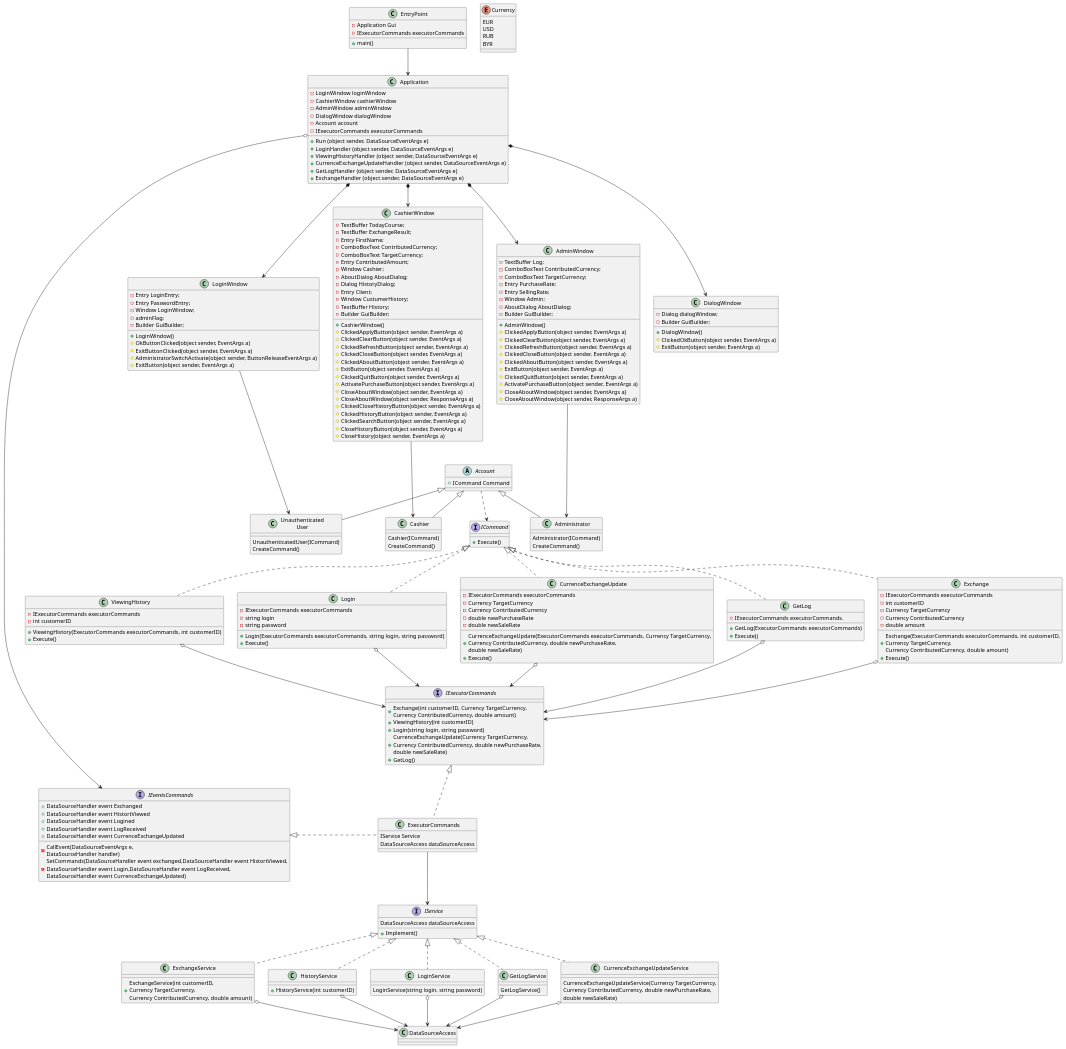
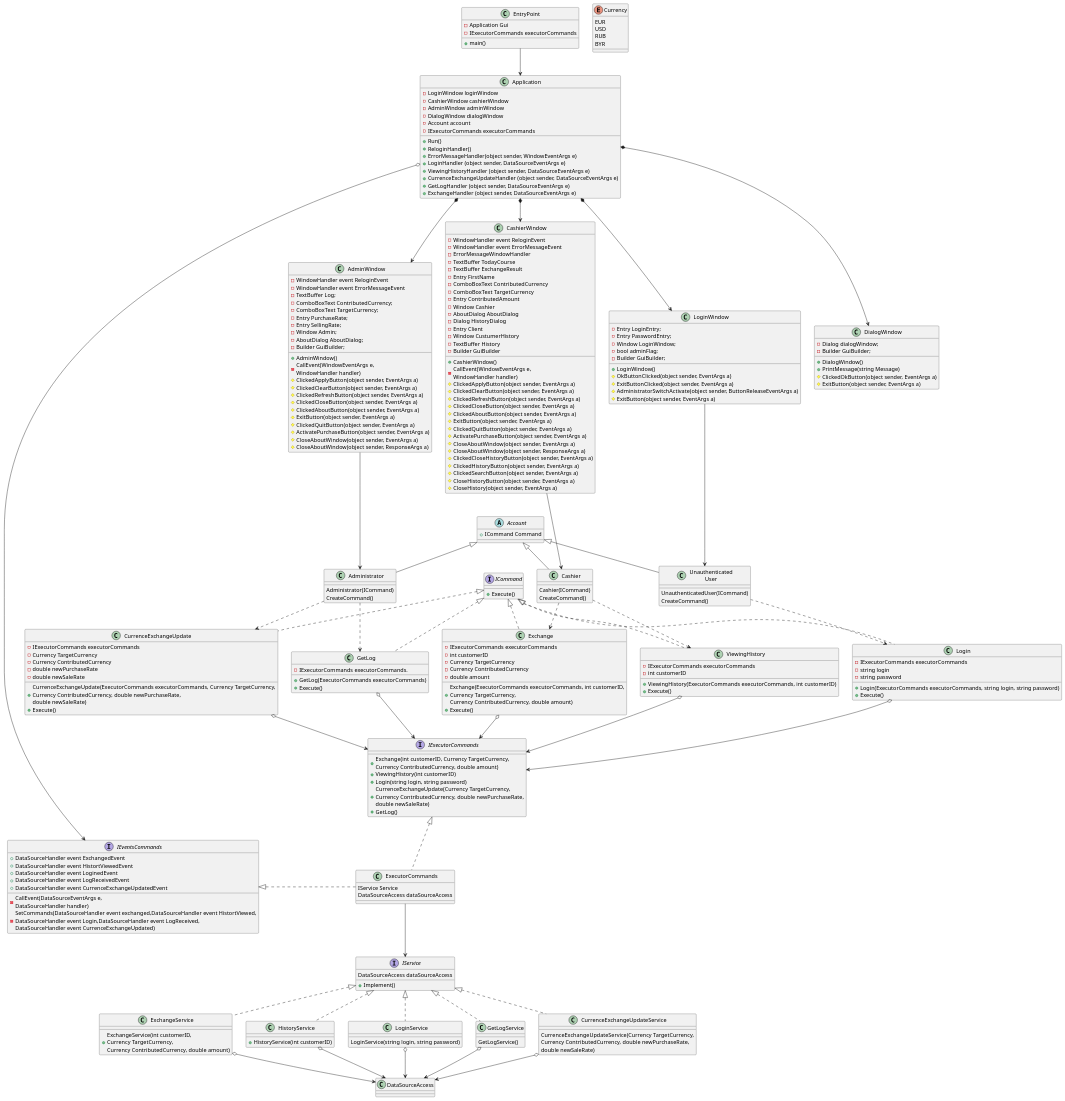
One commit to DanilaKe/ExchangeOfficeApplication changed the diagram in ExchangeOfficeApplication/UML/ClassDiagram.puml. Above: the diagram before and after it, drawn with PlantUML.

Commit message:
review class diagram.

```diff
--- a/ExchangeOfficeApplication/UML/ClassDiagram.puml
+++ b/ExchangeOfficeApplication/UML/ClassDiagram.puml
@@ -112,7 +112,9 @@
     -Account account
     -IExecutorCommands executorCommands
     
-    +Run (object sender, DataSourceEventArgs e)
+    +Run()
+    +ReloginHandler()
+    +ErrorMessageHandler(object sender, WindowEventArgs e)
     +LoginHandler (object sender, DataSourceEventArgs e)
     +ViewingHistoryHandler (object sender, DataSourceEventArgs e)
     +CurrenceExchangeUpdateHandler (object sender, DataSourceEventArgs e)
@@ -143,7 +145,7 @@
     -Entry LoginEntry;
     -Entry PasswordEntry;
     -Window LoginWindow;
-    -adminFlag;
+    -bool adminFlag;
     -Builder GuiBuilder;
     
     +LoginWindow()
@@ -155,21 +157,25 @@
 
 class CashierWindow
 {
-    -TextBuffer TodayCourse;
-    -TextBuffer ExchangeResult;
-    -Entry FirstName;
-    -ComboBoxText ContributedСurrency;
-    -ComboBoxText TargetCurrency;
-    -Entry ContributedAmount;
-    -Window Cashier;
-    -AboutDialog AboutDialog;
-    -Dialog HistoryDialog;
-    -Entry Client;
-    -Window CustumerHistory;
-    -TextBuffer History;
-    -Builder GuiBuilder;
+    -WindowHandler event ReloginEvent
+    -WindowHandler event ErrorMessageEvent 
+    -ErrorMessageWindowHandler
+    -TextBuffer TodayCourse
+    -TextBuffer ExchangeResult
+    -Entry FirstName
+    -ComboBoxText ContributedСurrency
+    -ComboBoxText TargetCurrency
+    -Entry ContributedAmount
+    -Window Cashier
+    -AboutDialog AboutDialog
+    -Dialog HistoryDialog
+    -Entry Client
+    -Window CustumerHistory
+    -TextBuffer History
+    -Builder GuiBuilder
     
     +CashierWindow()
+    -CallEvent(WindowEventArgs e,\nWindowHandler handler)
     #ClickedApplyButton(object sender, EventArgs a)
     #ClickedClearButton(object sender, EventArgs a)
     #ClickedRefreshButton(object sender, EventArgs a) 
@@ -189,6 +195,8 @@
 
 class AdminWindow
 {
+    -WindowHandler event ReloginEvent
+    -WindowHandler event ErrorMessageEvent 
     -TextBuffer Log;
     -ComboBoxText ContributedСurrency;
     -ComboBoxText TargetCurrency;
@@ -199,6 +207,7 @@
     -Builder GuiBuilder;
             
     +AdminWindow()
+    -CallEvent(WindowEventArgs e,\nWindowHandler handler)
     #ClickedApplyButton(object sender, EventArgs a)
     #ClickedClearButton(object sender, EventArgs a)
     #ClickedRefreshButton(object sender, EventArgs a)
@@ -235,11 +244,11 @@
 
 interface IEventsCommands
 {
-    +DataSourceHandler event Exchanged
-    +DataSourceHandler event HistortViewed
-    +DataSourceHandler event Logined
-    +DataSourceHandler event LogReceived
-    +DataSourceHandler event CurrenceExchangeUpdated
+    +DataSourceHandler event ExchangedEvent
+    +DataSourceHandler event HistortViewedEvent
+    +DataSourceHandler event LoginedEvent
+    +DataSourceHandler event LogReceivedEvent
+    +DataSourceHandler event CurrenceExchangeUpdatedEvent
     
     -CallEvent(DataSourceEventArgs e,\nDataSourceHandler handler)
     -SetCommands(DataSourceHandler event exchanged,DataSourceHandler event HistortViewed,\nDataSourceHandler event Login,DataSourceHandler event LogReceived,\nDataSourceHandler event CurrenceExchangeUpdated)
@@ -251,6 +260,7 @@
     -Builder GuiBuilder;
     
     +DialogWindow()
+    +PrintMessage(string Message)
     #ClickedOkButton(object sender, EventArgs a)
     #ExitButton(object sender, EventArgs a)
 }
@@ -285,7 +295,11 @@
 
 ExecutorCommands --> IService
 
-Account ..> ICommand
+Unauthenticated\nUser ..> Login
+Administrator ..> CurrenceExchangeUpdate
+Administrator ..> GetLog
+Cashier ..> Exchange
+Cashier ..> ViewingHistory
 
 IService <|.. ExchangeService
 IService <|.. HistoryService
```
